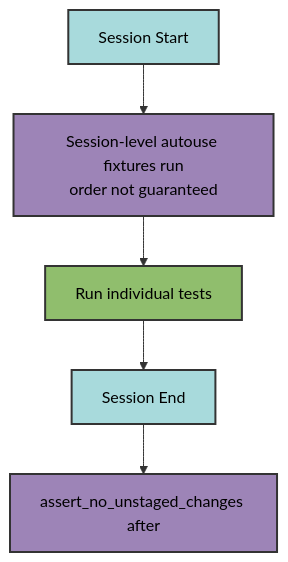
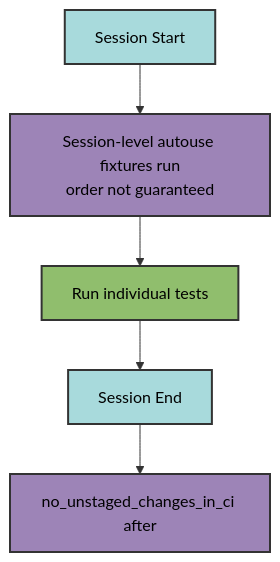
One commit to Winipedia/pyrig changed the second of 2 diagrams in docs/tests/autouse.md. Above: the diagram before and after it, drawn with Mermaid. The commit also changed other lines of this file and 8 other files, not shown here.

````diff
--- a/docs/tests/autouse.md
+++ b/docs/tests/autouse.md
@@ -233,14 +233,14 @@
 ```mermaid
 graph TD
     A[Session Start]
     --> B[Session-level autouse fixtures run<br/>order not guaranteed]
     B --> C[Run individual tests]
     C --> D[Session End]
-    D --> E[assert_no_unstaged_changes after]
+    D --> E[no_unstaged_changes_in_ci after]
 
     style A fill:#a8dadc,stroke:#333,stroke-width:2px,color:#000
     style B fill:#9d84b7,stroke:#333,stroke-width:2px,color:#000
     style C fill:#90be6d,stroke:#333,stroke-width:2px,color:#000
     style D fill:#a8dadc,stroke:#333,stroke-width:2px,color:#000
     style E fill:#9d84b7,stroke:#333,stroke-width:2px,color:#000
 ```
````
